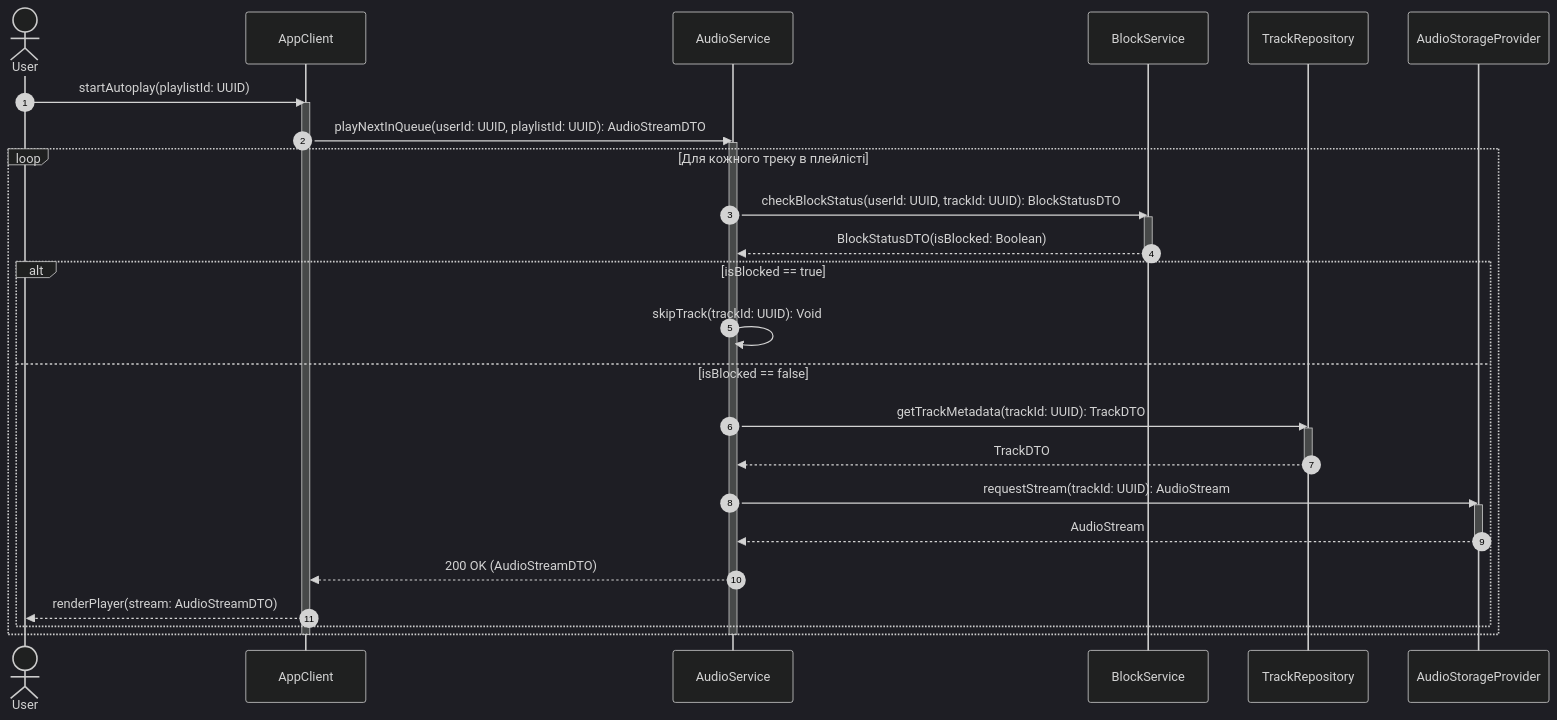
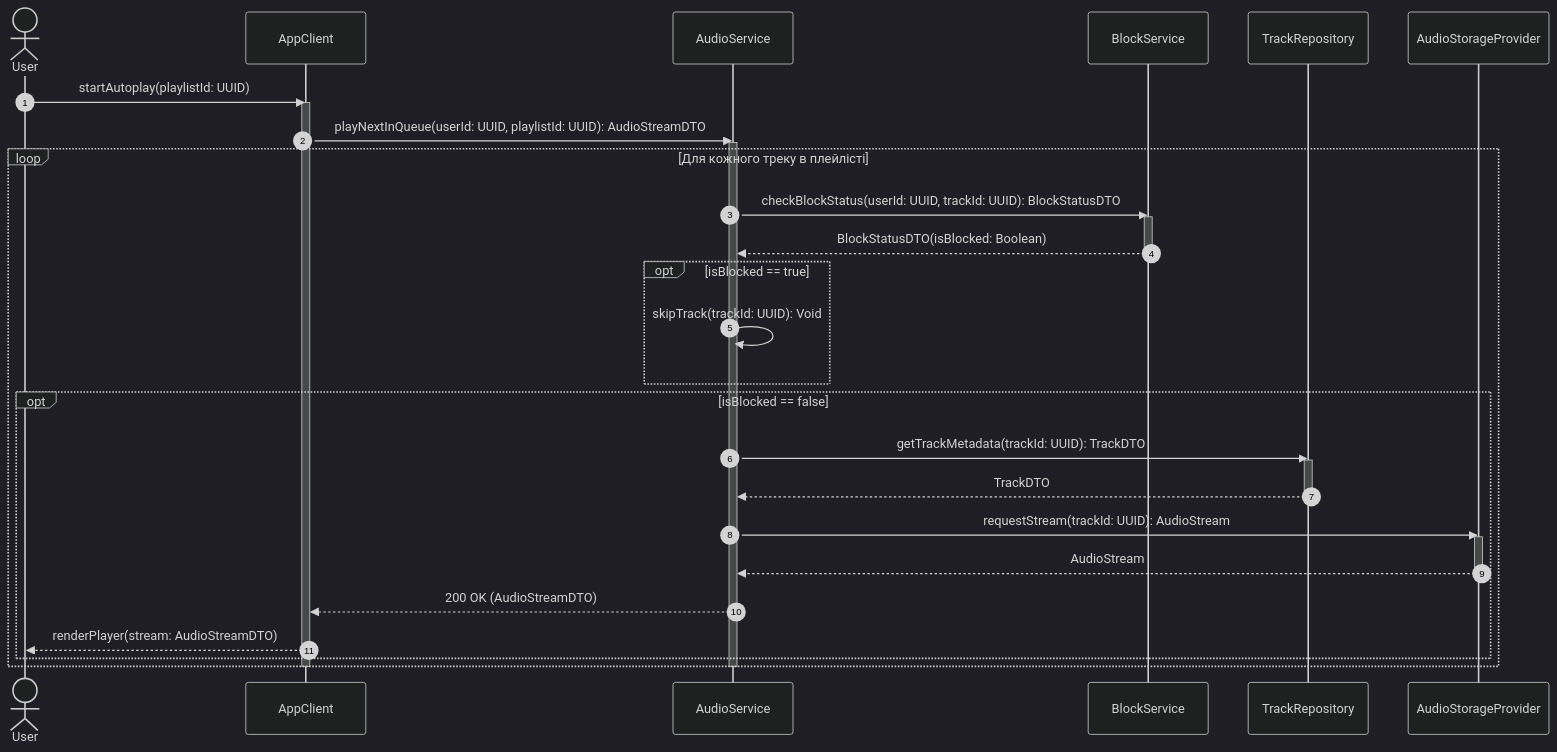
One commit to ranenneyoulikemore/music-app-er changed the diagram in sc-05-autoplay.md. Above: the diagram before and after it, drawn with Mermaid (dark theme). The commit also changed 3 other files, not shown here.

Commit message:
refactor(sequence): simplify diagrams with break and opt guard clauses

````diff
--- a/sc-05-autoplay.md
+++ b/sc-05-autoplay.md
@@ -1,42 +1,44 @@
 ```mermaid
 sequenceDiagram
     autonumber
     actor User
     participant AppClient
     participant AudioService
     participant BlockService
     participant TrackRepository
     participant AudioStorageProvider
 
     User->>AppClient: startAutoplay(playlistId: UUID)
     activate AppClient
     AppClient->>AudioService: playNextInQueue(userId: UUID, playlistId: UUID): AudioStreamDTO
     activate AudioService
 
     loop Для кожного треку в плейлісті
         AudioService->>BlockService: checkBlockStatus(userId: UUID, trackId: UUID): BlockStatusDTO
         activate BlockService
         BlockService-->>AudioService: BlockStatusDTO(isBlocked: Boolean)
         deactivate BlockService
 
-        alt isBlocked == true
+        opt isBlocked == true
             AudioService->>AudioService: skipTrack(trackId: UUID): Void
-        else isBlocked == false
+        end
+
+        opt isBlocked == false
             AudioService->>TrackRepository: getTrackMetadata(trackId: UUID): TrackDTO
             activate TrackRepository
             TrackRepository-->>AudioService: TrackDTO
             deactivate TrackRepository
 
             AudioService->>AudioStorageProvider: requestStream(trackId: UUID): AudioStream
             activate AudioStorageProvider
             AudioStorageProvider-->>AudioService: AudioStream
             deactivate AudioStorageProvider
 
             AudioService-->>AppClient: 200 OK (AudioStreamDTO)
             AppClient-->>User: renderPlayer(stream: AudioStreamDTO)
         end
     end
 
     deactivate AudioService
     deactivate AppClient
 ```
````
